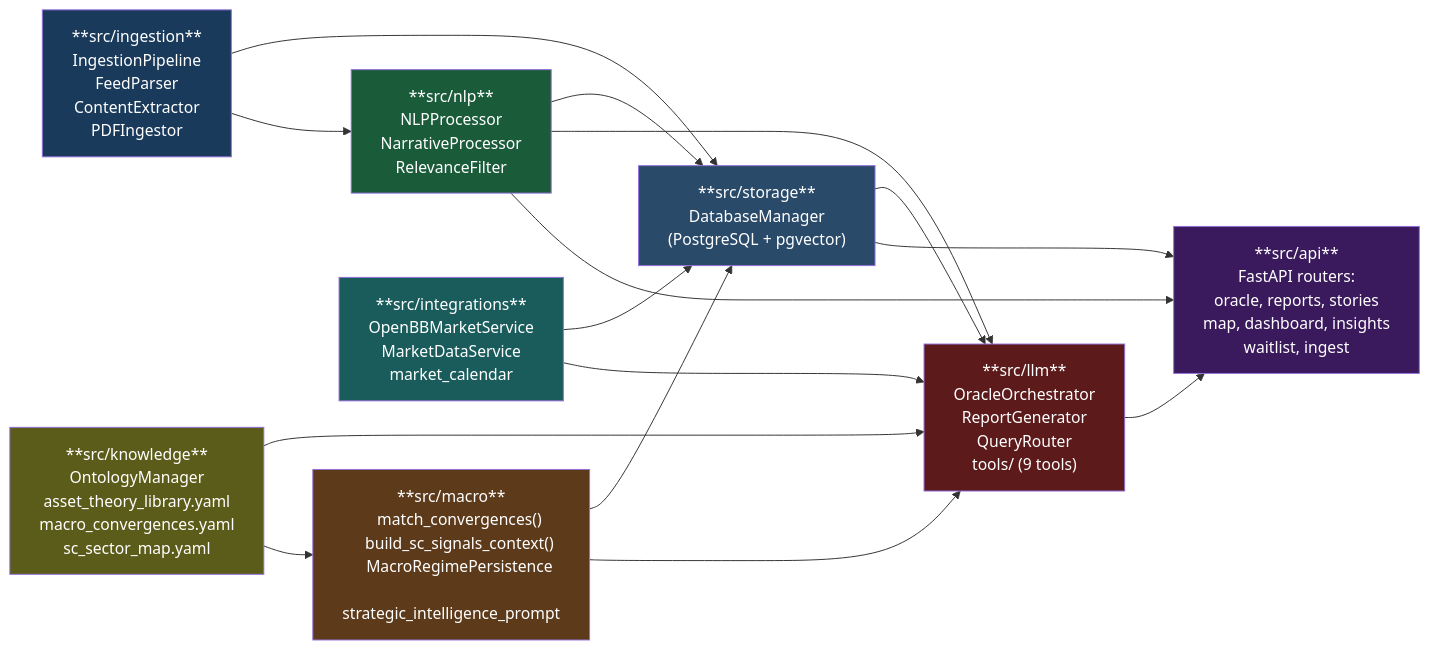
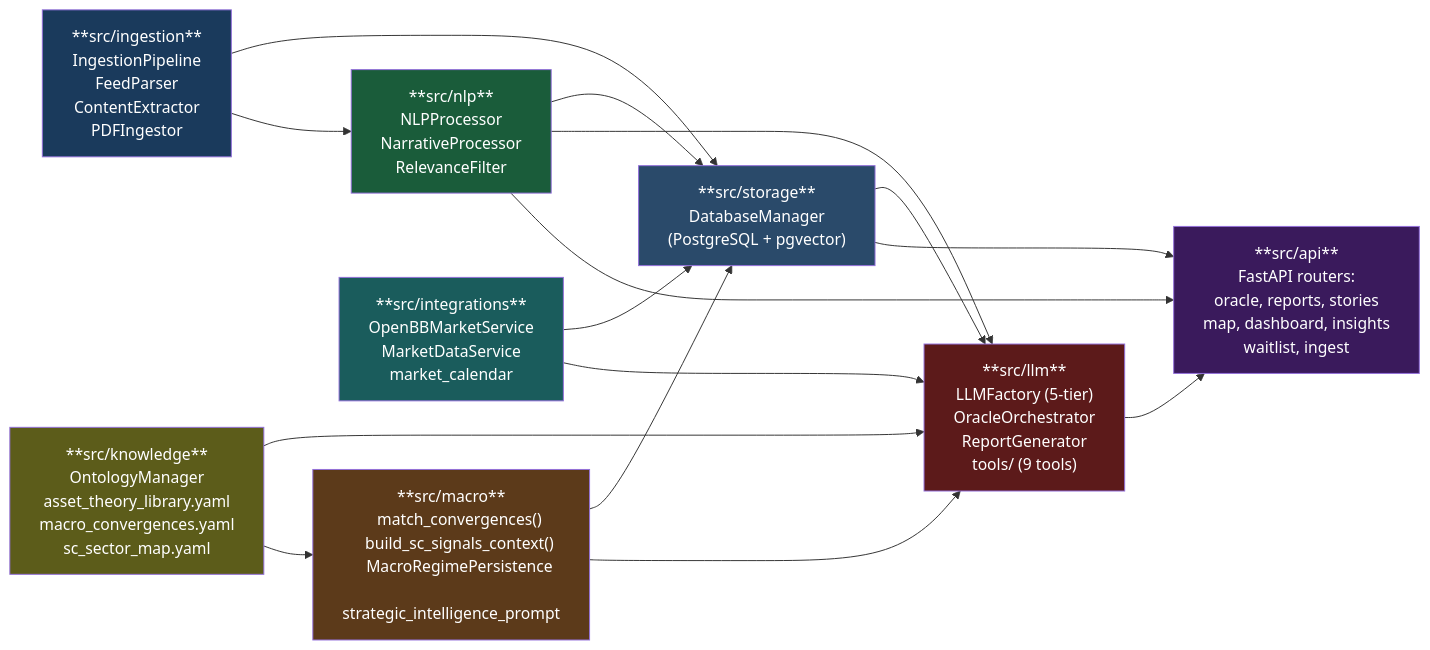
The first of 3 diagrams in docs/architecture/07_module_deps.md (TommasoFazzi/MACROINTEL), drawn with Mermaid before and after one commit. The commit also changed other lines of this file and 14 other files, not shown here.

````diff
--- a/docs/architecture/07_module_deps.md
+++ b/docs/architecture/07_module_deps.md
@@ -7,70 +7,70 @@
 ```mermaid
 flowchart LR
     ING["**src/ingestion**
     IngestionPipeline
     FeedParser
     ContentExtractor
     PDFIngestor"]
 
     NLP["**src/nlp**
     NLPProcessor
     NarrativeProcessor
     RelevanceFilter"]
 
     LLM["**src/llm**
+    LLMFactory (5-tier)
     OracleOrchestrator
     ReportGenerator
-    QueryRouter
     tools/ (9 tools)"]
 
     MACRO["**src/macro**
     match_convergences()
     build_sc_signals_context()
     MacroRegimePersistence
     strategic_intelligence_prompt"]
 
     STOR["**src/storage**
     DatabaseManager
     (PostgreSQL + pgvector)"]
 
     KNOW["**src/knowledge**
     OntologyManager
     asset_theory_library.yaml
     macro_convergences.yaml
     sc_sector_map.yaml"]
 
     INTG["**src/integrations**
     OpenBBMarketService
     MarketDataService
     market_calendar"]
 
     API["**src/api**
     FastAPI routers:
     oracle, reports, stories
     map, dashboard, insights
     waitlist, ingest"]
 
     ING --> STOR
     ING --> NLP
     NLP --> STOR
     NLP --> LLM
     INTG --> STOR
     INTG --> LLM
     KNOW --> LLM
     KNOW --> MACRO
     MACRO --> STOR
     MACRO --> LLM
     STOR --> LLM
     LLM --> API
     STOR --> API
     NLP --> API
 
     style ING fill:#1a3a5c,color:#fff
     style NLP fill:#1a5c3a,color:#fff
     style LLM fill:#5c1a1a,color:#fff
     style MACRO fill:#5c3a1a,color:#fff
     style API fill:#3a1a5c,color:#fff
     style STOR fill:#2a4a6a,color:#fff
     style KNOW fill:#5c5c1a,color:#fff
     style INTG fill:#1a5c5c,color:#fff
 ```
````
